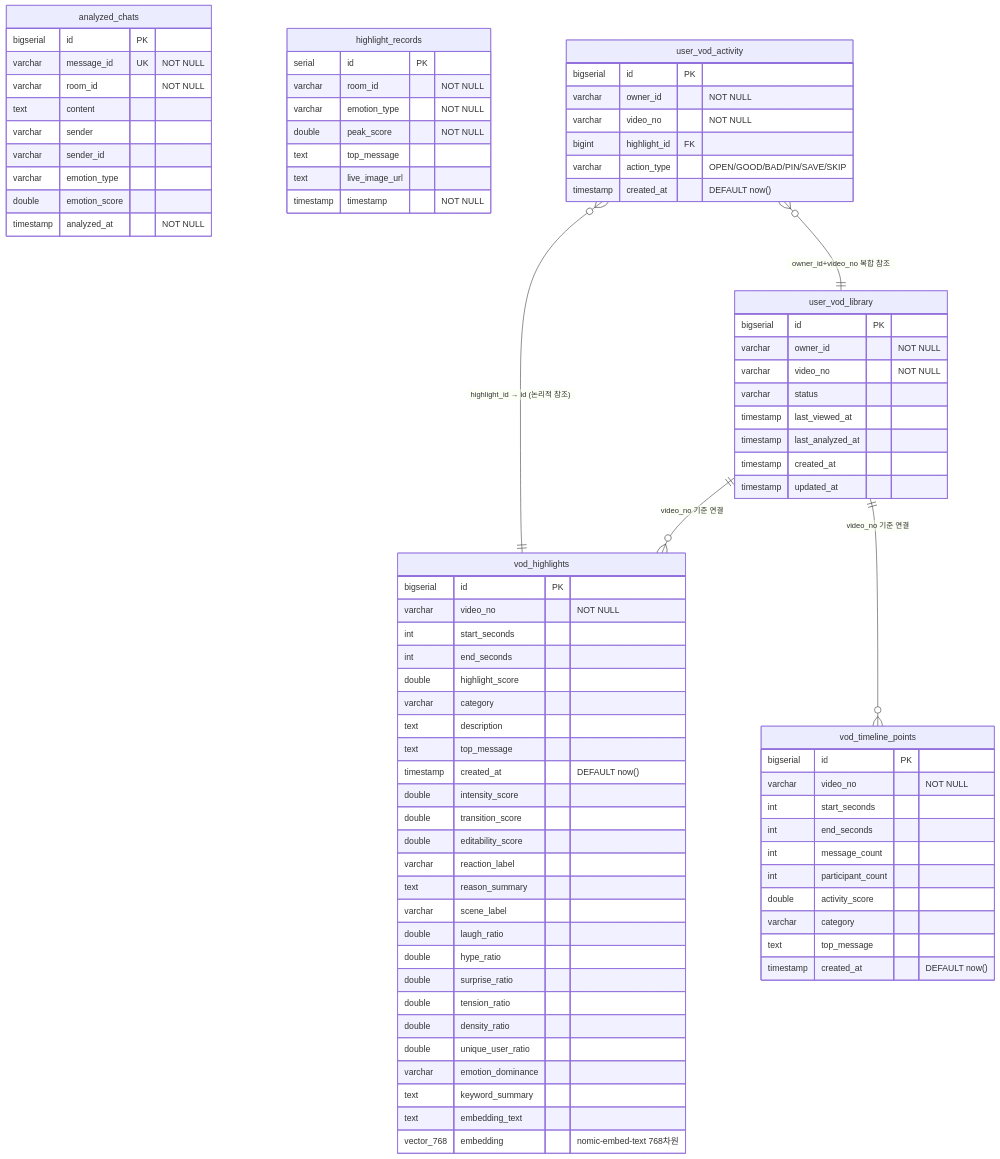
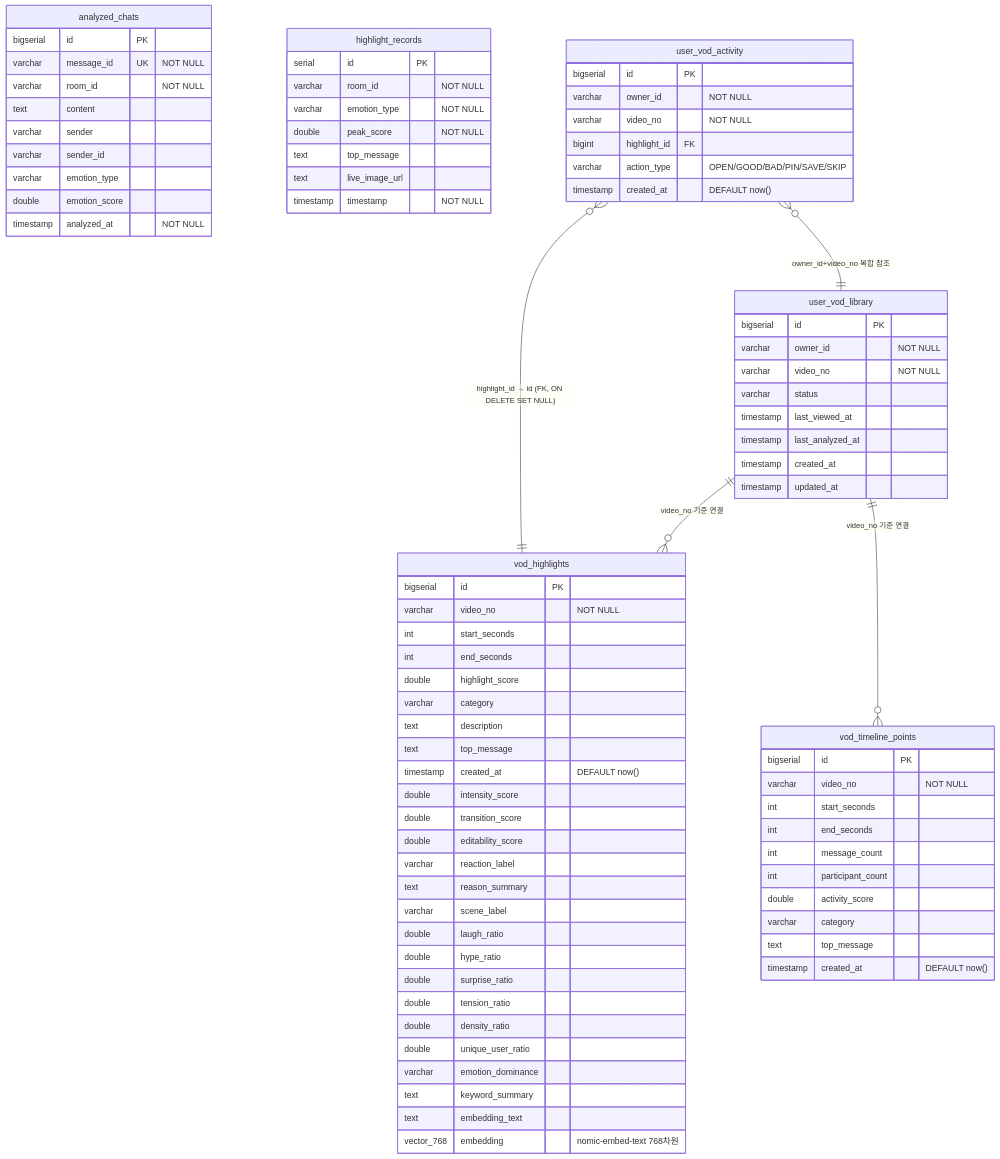
The diagram in docs/design/27_erd.md (oneul0/Project-neul), drawn with Mermaid before and after one commit. The commit also changed other lines of this file and 1 other file, not shown here.

First line of the commit message:
feat: user_vod_activity.highlight_id FK 제약 추가 (ON DELETE SET NULL)

```diff
--- a/docs/design/27_erd.md
+++ b/docs/design/27_erd.md
@@ -92,7 +92,7 @@
         timestamp    created_at       "DEFAULT now()"
     }
 
-    user_vod_activity }o--|| vod_highlights : "highlight_id → id (논리적 참조)"
+    user_vod_activity }o--|| vod_highlights : "highlight_id → id (FK, ON DELETE SET NULL)"
     user_vod_activity }o--|| user_vod_library : "owner_id+video_no 복합 참조"
     user_vod_library ||--o{ vod_highlights : "video_no 기준 연결"
     user_vod_library ||--o{ vod_timeline_points : "video_no 기준 연결"
```
